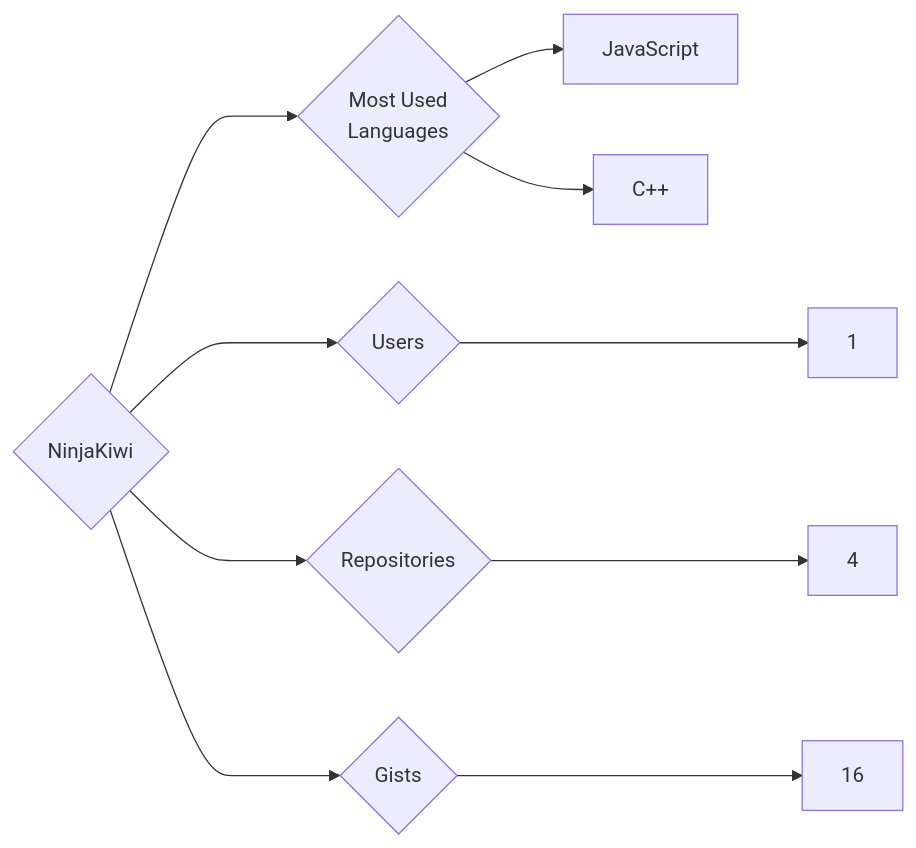
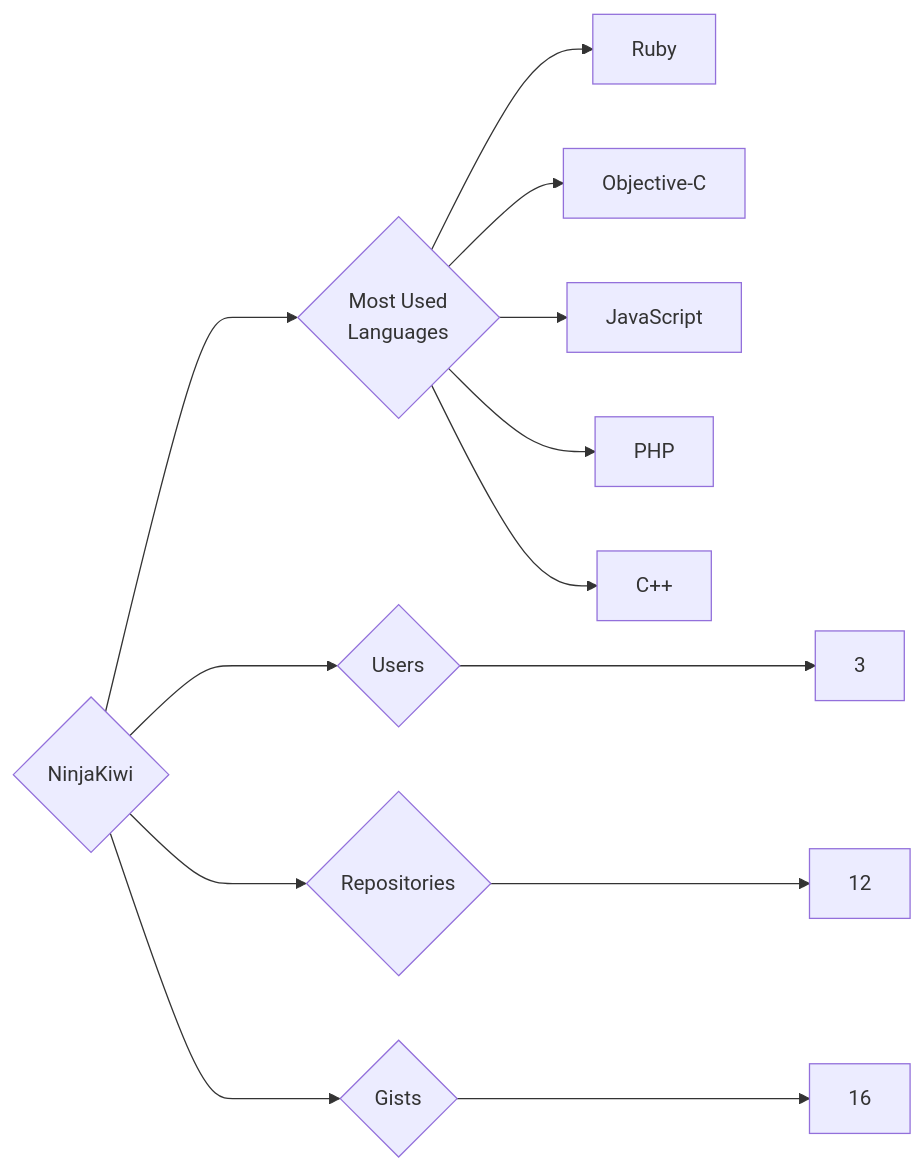
Before and after one commit to trickest/insiders: the diagram in targets/NinjaKiwi/README.md, drawn with Mermaid. The commit also changed 715 other files, not shown here.

````diff
--- a/targets/NinjaKiwi/README.md
+++ b/targets/NinjaKiwi/README.md
@@ -3,10 +3,13 @@
 ```mermaid
 graph LR
 COMPANY_NAME{NinjaKiwi}
-COMPANY_NAME ---> U{Users} ---> UN[1]
-COMPANY_NAME ---> R{Repositories} ---> RN[4]
+COMPANY_NAME ---> U{Users} ---> UN[3]
+COMPANY_NAME ---> R{Repositories} ---> RN[12]
 COMPANY_NAME ---> G{Gists} ---> GN[16]
 COMPANY_NAME ---> ML{Most Used<br>Languages}
+ML --> Ruby[Ruby]
+ML --> Objective-C[Objective-C]
 ML --> JavaScript[JavaScript]
+ML --> PHP[PHP]
 ML --> C++[C++]
 ```
````
